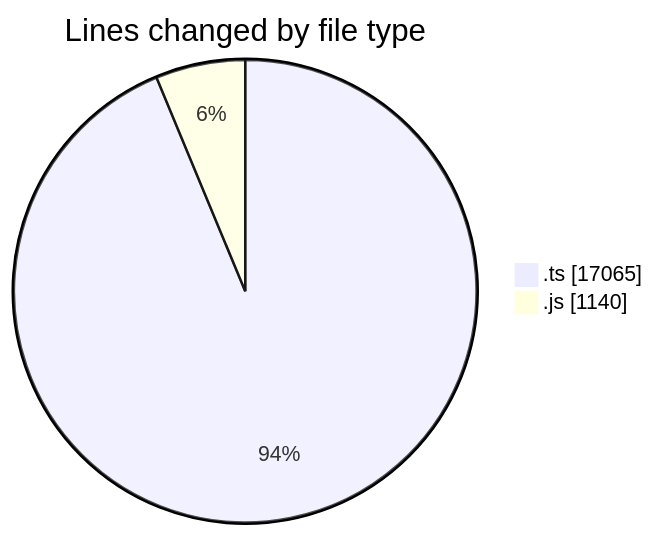
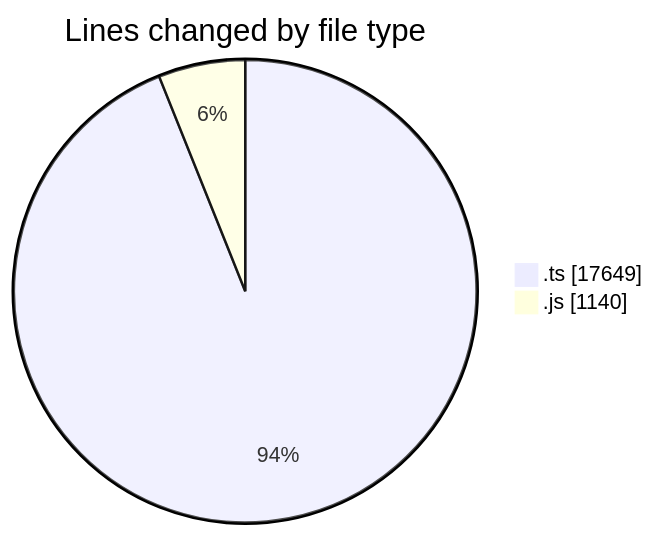
One commit to momahboobian/code-tracking changed the first of 2 diagrams in 2025-06-27/cda/README.md. Above: the diagram before and after it, drawn with Mermaid. The commit also changed other lines of this file and 1 other file, not shown here.

````diff
--- a/2025-06-27/cda/README.md
+++ b/2025-06-27/cda/README.md
@@ -30,6 +30,6 @@
 ```mermaid
 pie showData
 title Lines changed by file type
-".ts" : 17065
+".ts" : 17649
 ".js" : 1140
 ```
````
